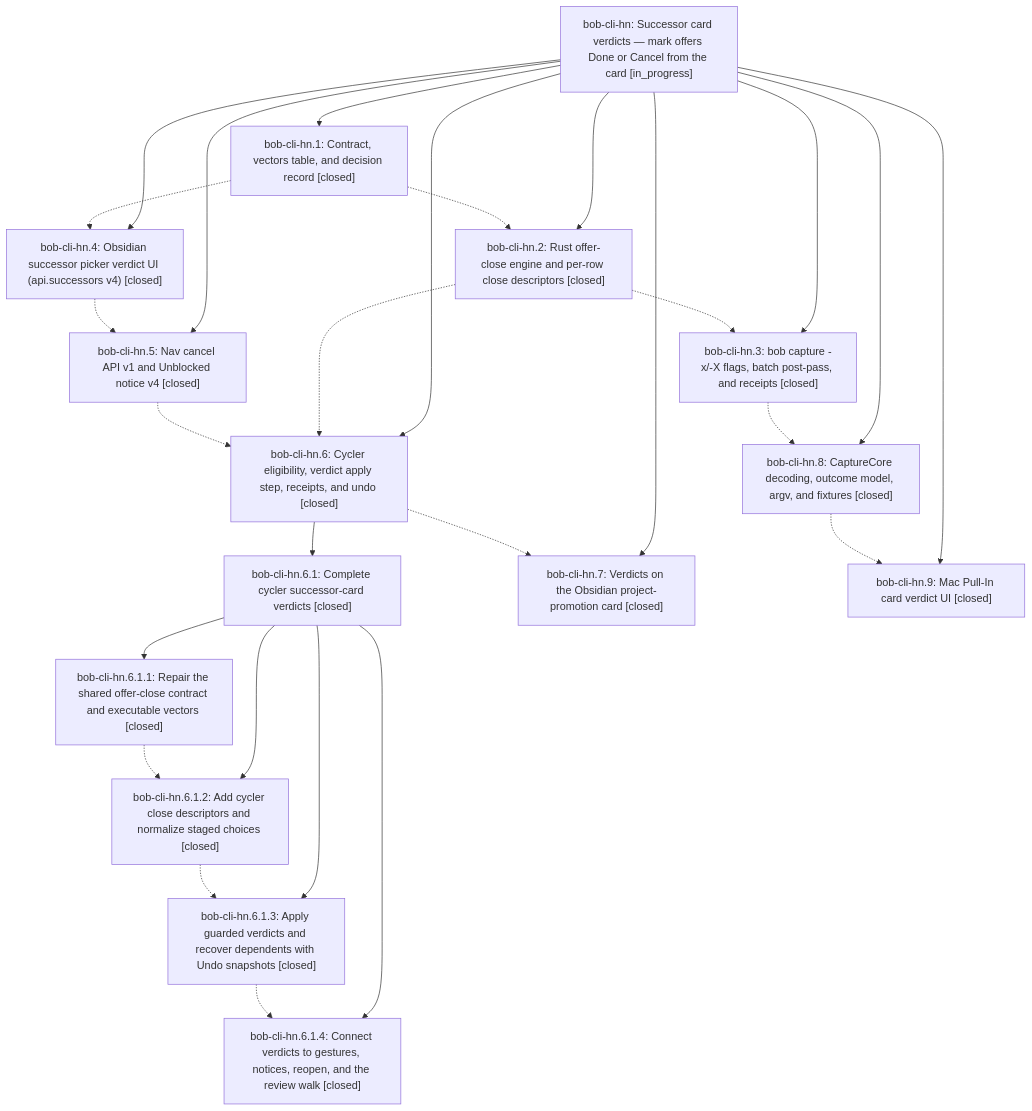
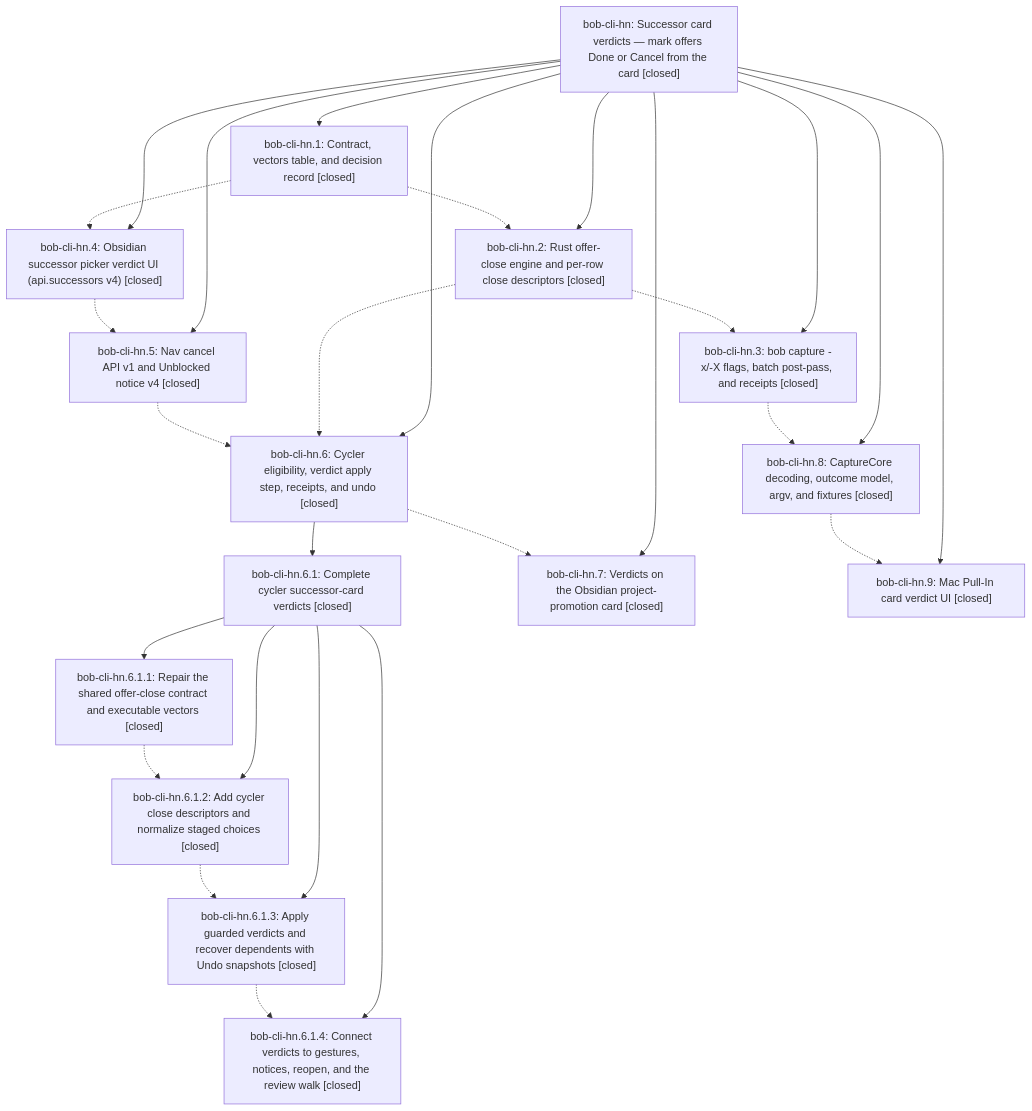
The diagram in pages/bob-cli-hn/README.md (bobs-org/bob-cli--beads), drawn with Mermaid before and after one commit. The commit also changed other lines of this file and 10 other files, not shown here.

First line of the commit message:
chore(beads): sync bead state and pages for bob-cli-hn

````diff
--- a/pages/bob-cli-hn/README.md
+++ b/pages/bob-cli-hn/README.md
@@ -66,44 +76,44 @@
 ```mermaid
 flowchart TD
-    n0["bob-cli-hn: Successor card verdicts — mark offers Done or Cancel from the card [in_progress]"]
+    n0["bob-cli-hn: Successor card verdicts — mark offers Done or Cancel from the card [closed]"]
     n1["bob-cli-hn.1: Contract, vectors table, and decision record [closed]"]
     n2["bob-cli-hn.2: Rust offer-close engine and per-row close descriptors [closed]"]
     n3["bob-cli-hn.3: bob capture -x/-X flags, batch post-pass, and receipts [closed]"]
     n4["bob-cli-hn.4: Obsidian successor picker verdict UI (api.successors v4) [closed]"]
     n5["bob-cli-hn.5: Nav cancel API v1 and Unblocked notice v4 [closed]"]
     n6["bob-cli-hn.6: Cycler eligibility, verdict apply step, receipts, and undo [closed]"]
     n7["bob-cli-hn.6.1: Complete cycler successor-card verdicts [closed]"]
     n8["bob-cli-hn.6.1.1: Repair the shared offer-close contract and executable vectors [closed]"]
     n9["bob-cli-hn.6.1.2: Add cycler close descriptors and normalize staged choices [closed]"]
     n10["bob-cli-hn.6.1.3: Apply guarded verdicts and recover dependents with Undo snapshots [closed]"]
     n11["bob-cli-hn.6.1.4: Connect verdicts to gestures, notices, reopen, and the review walk [closed]"]
     n12["bob-cli-hn.7: Verdicts on the Obsidian project-promotion card [closed]"]
     n13["bob-cli-hn.8: CaptureCore decoding, outcome model, argv, and fixtures [closed]"]
     n14["bob-cli-hn.9: Mac Pull-In card verdict UI [closed]"]
     n0 --> n1
     n0 --> n2
     n0 --> n3
     n0 --> n4
     n0 --> n5
     n0 --> n6
     n6 --> n7
     n7 --> n8
     n7 --> n9
     n7 --> n10
     n7 --> n11
     n0 --> n12
     n0 --> n13
     n0 --> n14
     n1 -.-> n2
     n1 -.-> n4
     n2 -.-> n3
     n2 -.-> n6
     n3 -.-> n13
     n4 -.-> n5
     n5 -.-> n6
     n6 -.-> n12
     n8 -.-> n9
     n9 -.-> n10
     n10 -.-> n11
     n13 -.-> n14
 ```
````
